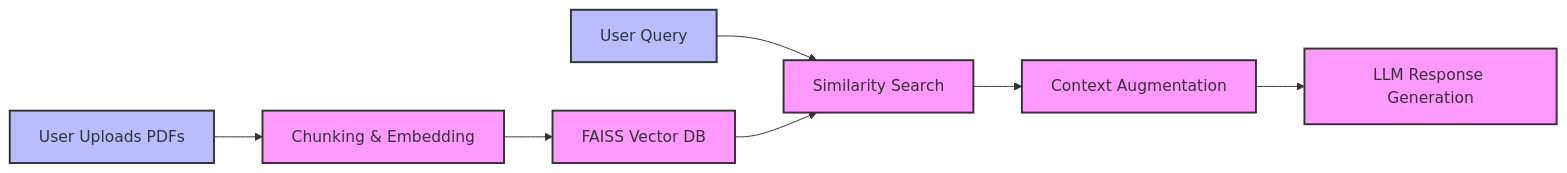
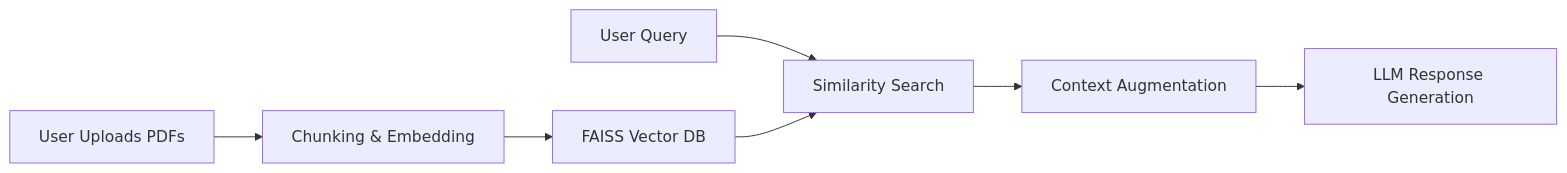
One commit to AnandBanoth2004/LLM_RAG_CHATBOT changed the diagram in README.md. Above: the diagram before and after it, drawn with Mermaid. The commit also changed other lines of this file, not shown here.

````diff
--- a/README.md
+++ b/README.md
@@ -51,14 +51,9 @@
 ```mermaid
 graph LR
     A[User Uploads PDFs] --> B[Chunking & Embedding]
     B --> C[FAISS Vector DB]
     D[User Query] --> E[Similarity Search]
     C --> E
     E --> F[Context Augmentation]
     F --> G[LLM Response Generation]
-    
-    classDef process fill:#f9f,stroke:#333,stroke-width:2px;
-    classDef data fill:#bbf,stroke:#333,stroke-width:2px;
-    class A,D data;
-    class B,C,E,F,G process;
 ```
````
